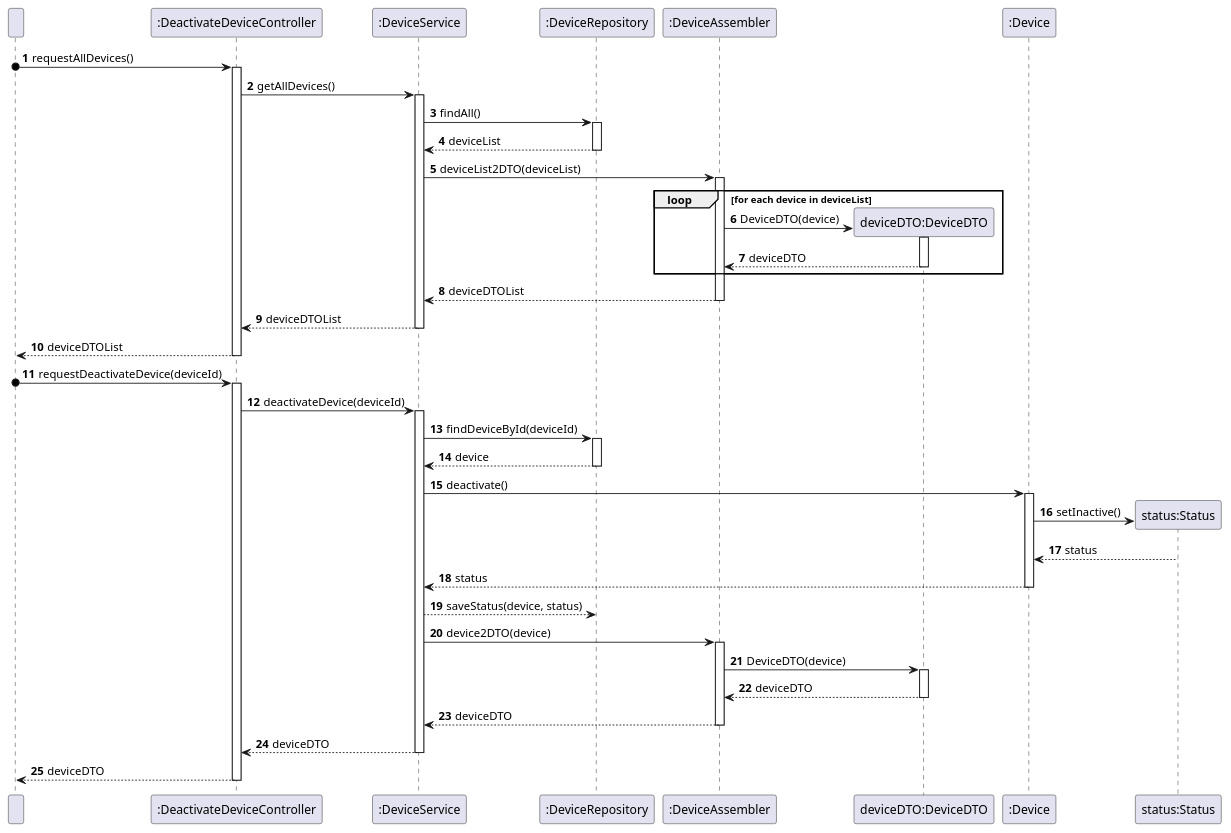
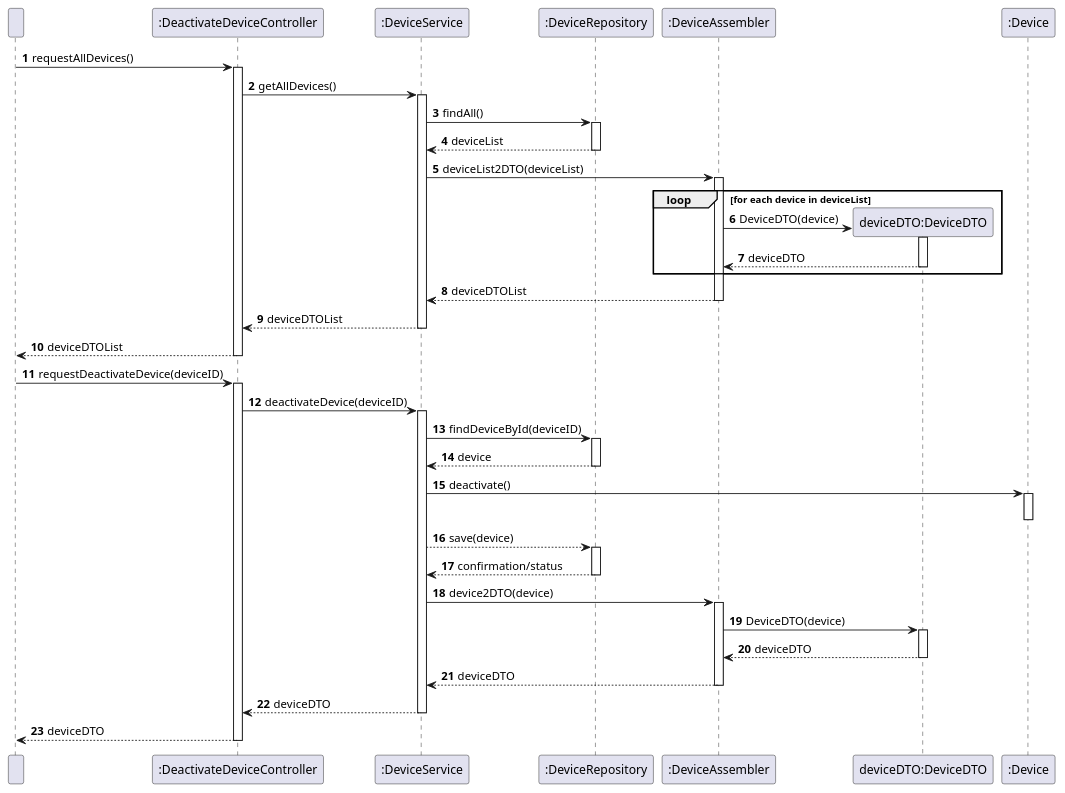
The diagram in docs/ood/sequenceDiagram/US08DeactivateDevice.puml (olivDiogo/SmartHome), drawn with PlantUML before and after one commit.

Commit message:
Update: change deactivate device part of the US08 SD, addresses #110

```diff
--- a/docs/ood/sequenceDiagram/US08DeactivateDevice.puml
+++ b/docs/ood/sequenceDiagram/US08DeactivateDevice.puml
@@ -1,76 +1,81 @@
 @startuml
 'https://plantuml.com/sequence-diagram
 
 autonumber
 
     participant " " as User
     participant ":DeactivateDeviceController" as Controller
     participant ":DeviceService" as Service
     participant ":DeviceRepository" as Repository
     participant ":DeviceAssembler" as Assembler
     participant "deviceDTO:DeviceDTO" as DTO
     participant ":Device" as Device
-    participant "status:Status" as Status
 
 ' Request all devices
 
-    User o-> Controller: requestAllDevices()
+    User -> Controller: requestAllDevices()
     activate Controller
     Controller -> Service: getAllDevices()
     activate Service
     Service -> Repository: findAll()
     activate Repository
     Repository --> Service: deviceList
     deactivate Repository
 
-
-        Service -> Assembler: deviceList2DTO(deviceList)
-        activate Assembler
-        loop for each device in deviceList
+    Service -> Assembler: deviceList2DTO(deviceList)
+    activate Assembler
+    loop for each device in deviceList
         create DTO
         Assembler -> DTO: DeviceDTO(device)
         activate DTO
         DTO --> Assembler: deviceDTO
         deactivate DTO
-         end
-        Assembler --> Service: deviceDTOList
-        deactivate Assembler
+    end
+    Assembler --> Service: deviceDTOList
+    deactivate Assembler
 
     Service --> Controller: deviceDTOList
     deactivate Service
     Controller --> User: deviceDTOList
     deactivate Controller
 
 ' Deactivate device
 
-    User o-> Controller: requestDeactivateDevice(deviceId)
+    User -> Controller: requestDeactivateDevice(deviceID)
     activate Controller
-    Controller -> Service: deactivateDevice(deviceId)
+    Controller -> Service: deactivateDevice(deviceID)
     activate Service
-    Service -> Repository: findDeviceById(deviceId)
+    Service -> Repository: findDeviceById(deviceID)
     activate Repository
     Repository --> Service: device
     deactivate Repository
-    Service -> Device: deactivate()
-    activate Device
-    create Status
-    Device -> Status: setInactive()
-    Status --> Device: status
-    Device --> Service: status
-    deactivate Device
-    Service --> Repository: saveStatus(device, status)
+
+   Service -> Device: deactivate()
+   activate Device
+   ' The deactivate() method internally updates the Device's status to inactive.
+   ' This is an internal detail, so the creation/modification of the status value object is not explicitly represented.
+   deactivate Device
+
+   Service --> Repository: save(device)
+   ' Updated to save the whole device, reflecting the change in status.
+   activate Repository
+   Repository --> Service: confirmation/status
+   ' The Repository confirms the save operation, potentially returning a status or acknowledgment.
+   deactivate Repository
+
 
     Service -> Assembler: device2DTO(device)
     activate Assembler
     Assembler -> DTO: DeviceDTO(device)
     activate DTO
     DTO --> Assembler: deviceDTO
     deactivate DTO
     Assembler --> Service: deviceDTO
     deactivate Assembler
+
     Service --> Controller: deviceDTO
     deactivate Service
     Controller --> User: deviceDTO
     deactivate Controller
 
 @enduml
```
